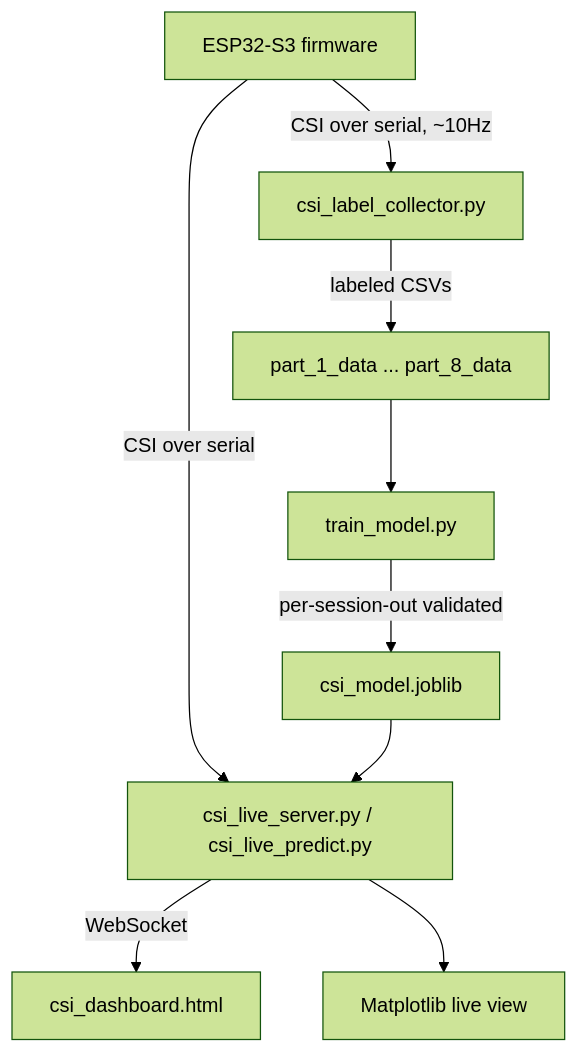
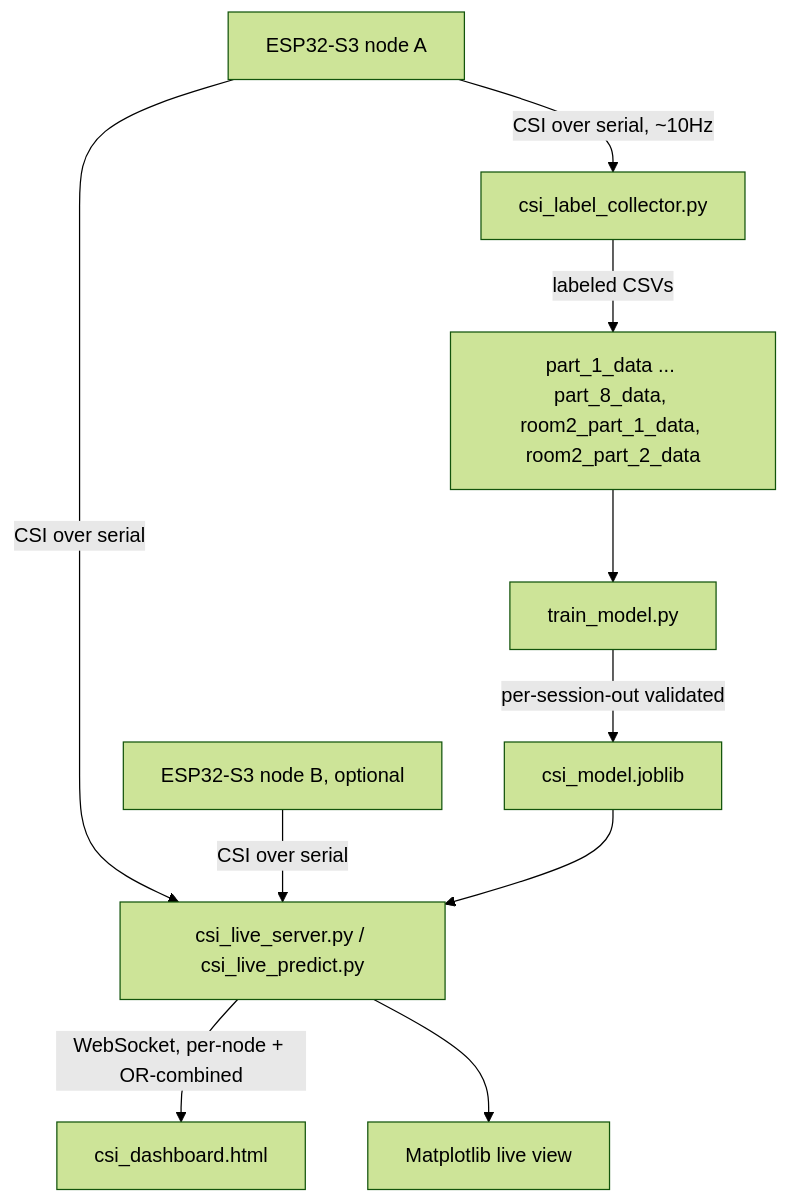
Before and after one commit to IALR/csi-motion-detection: the diagram in README.md, drawn with Mermaid (forest theme). The commit also changed other lines of this file and 5 other files, not shown here.

````diff
--- a/README.md
+++ b/README.md
@@ -17,11 +19,12 @@
 ```mermaid
 flowchart TD
-    A[ESP32-S3 firmware] -->|CSI over serial, ~10Hz| B[csi_label_collector.py]
+    A[ESP32-S3 node A] -->|CSI over serial, ~10Hz| B[csi_label_collector.py]
     A -->|CSI over serial| E[csi_live_server.py / csi_live_predict.py]
-    B -->|labeled CSVs| C[part_1_data ... part_8_data]
+    A2[ESP32-S3 node B, optional] -->|CSI over serial| E
+    B -->|labeled CSVs| C[part_1_data ... part_8_data, room2_part_1_data, room2_part_2_data]
     C --> D[train_model.py]
     D -->|per-session-out validated| F[csi_model.joblib]
     F --> E
-    E -->|WebSocket| G[csi_dashboard.html]
+    E -->|WebSocket, per-node + OR-combined| G[csi_dashboard.html]
     E --> H[Matplotlib live view]
 ```
````
